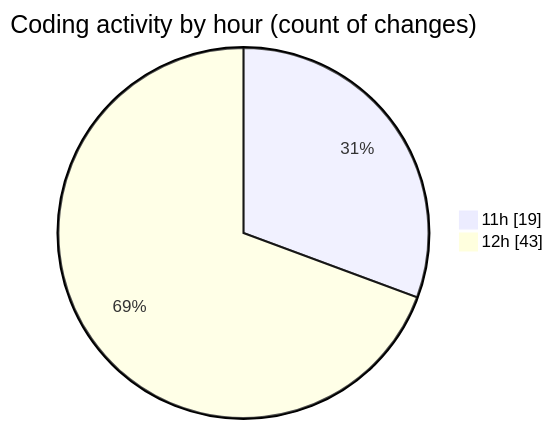
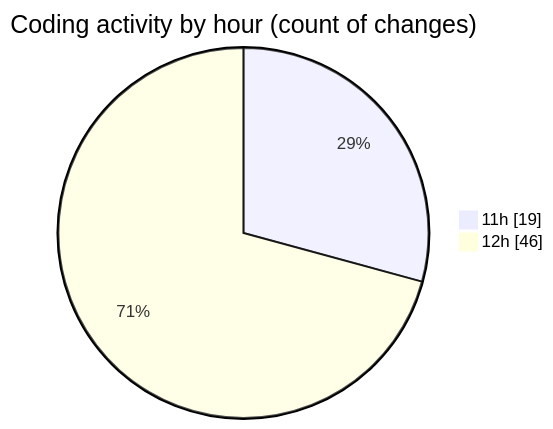
Before and after one commit to Ritupan-Deka/code-tracking: the second of 2 diagrams in 2025-10-20/scopecraft/README.md, drawn with Mermaid. The commit also changed other lines of this file and 1 other file, not shown here.

````diff
--- a/2025-10-20/scopecraft/README.md
+++ b/2025-10-20/scopecraft/README.md
@@ -38,6 +38,6 @@
 ```mermaid
 pie showData
 title Coding activity by hour (count of changes)
 "11h" : 19
-"12h" : 43
+"12h" : 46
 ```
````
